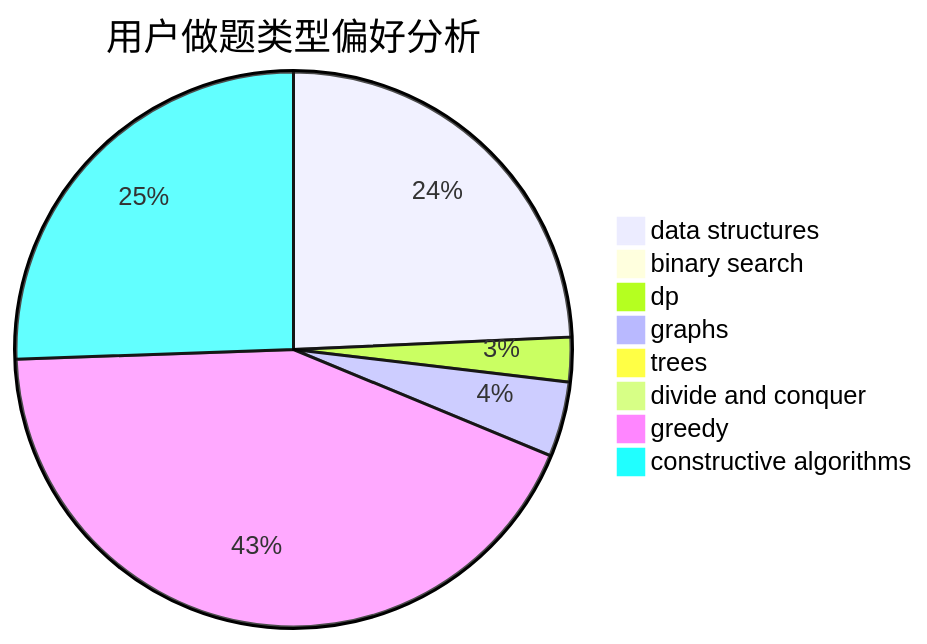
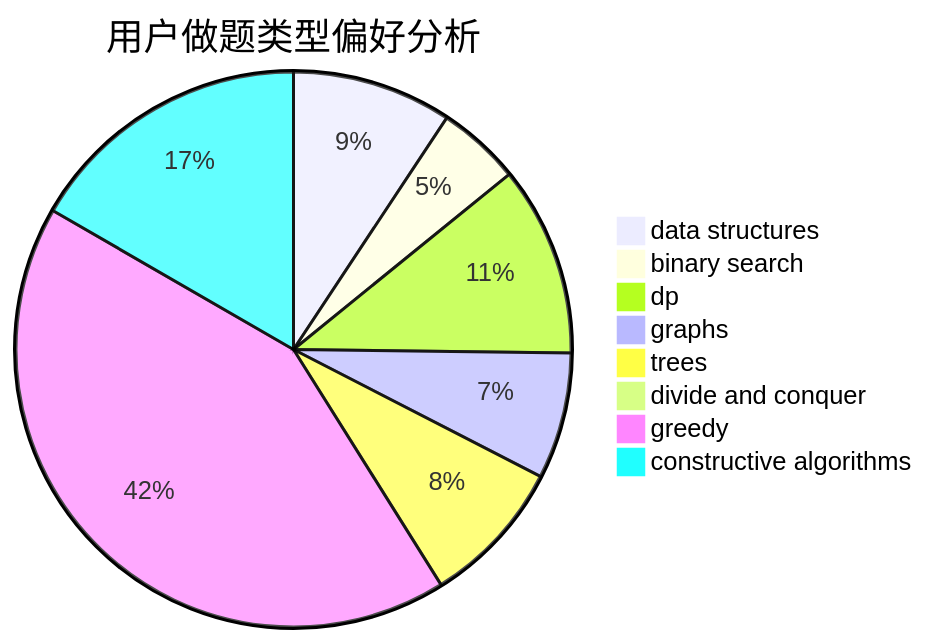
The second of 3 diagrams in docs/user/u1984.md (sherpahu/cfrs.github.io), drawn with Mermaid before and after one commit. The commit also changed other lines of this file and 2770 other files, not shown here.

````diff
--- a/docs/user/u1984.md
+++ b/docs/user/u1984.md
@@ -23,11 +23,11 @@
 ```mermaid
 pie title 用户做题类型偏好分析
-    "data structures" :  479
-    "binary search" :  7
-    "dp" :  51
-    "graphs" :  86
-    "trees" :  12
-    "divide and conquer" :  5
-    "greedy" :  852
-    "constructive algorithms" :  504
+    "data structures" :  96
+    "binary search" :  50
+    "dp" :  114
+    "graphs" :  76
+    "trees" :  88
+    "divide and conquer" :  4
+    "greedy" :  436
+    "constructive algorithms" :  172
 ```
````
